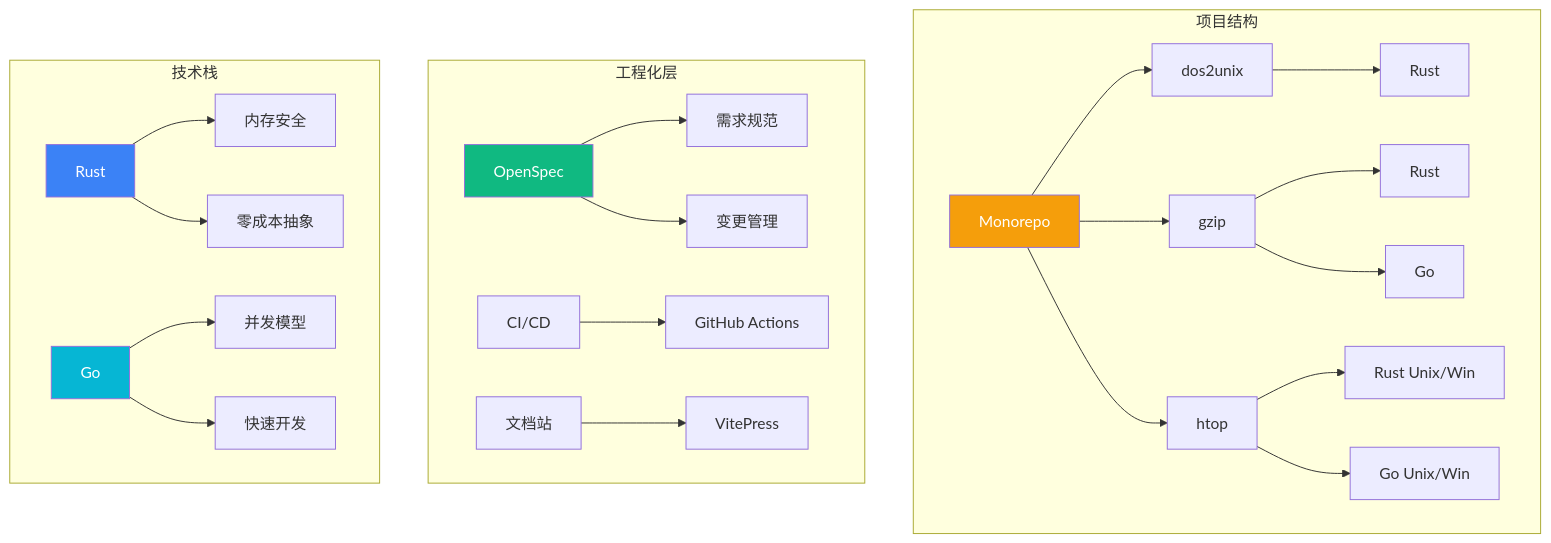
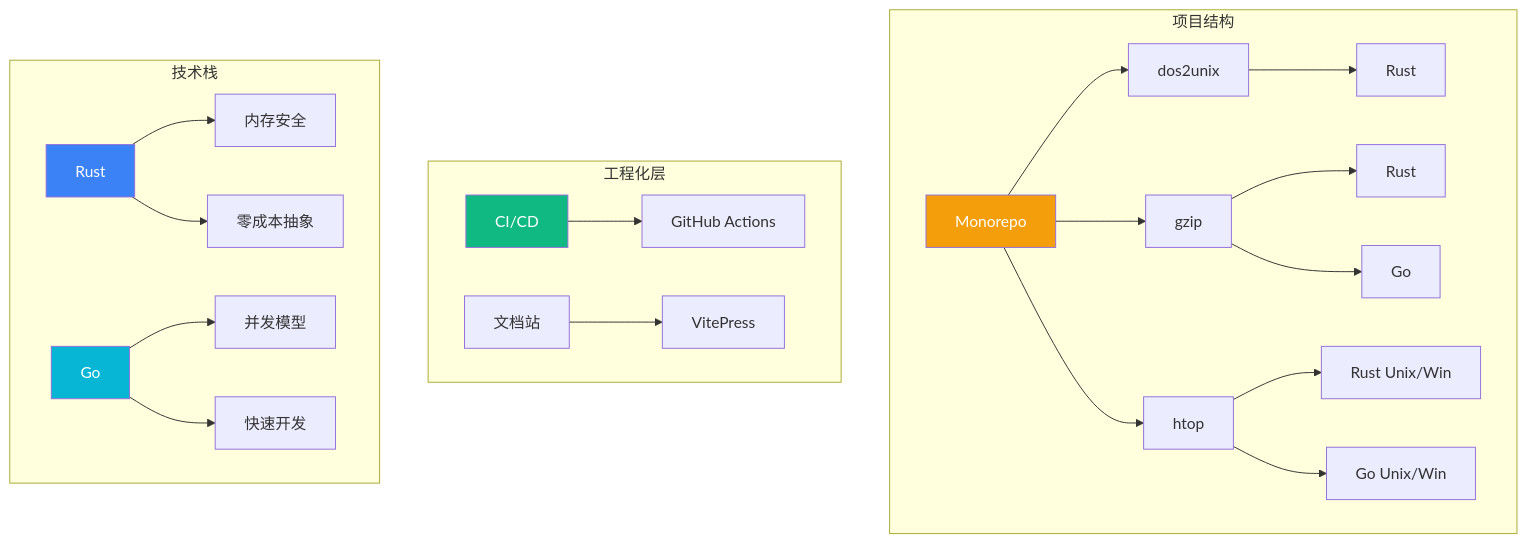
The diagram in docs/whitepaper/index.md (build-workbench/utop), drawn with Mermaid before and after one commit. The commit also changed other lines of this file and 185 other files, not shown here.

````diff
--- a/docs/whitepaper/index.md
+++ b/docs/whitepaper/index.md
@@ -7,33 +7,31 @@
 ```mermaid
 graph TB
     subgraph "项目结构"
         A[Monorepo] --> B[dos2unix]
         A --> C[gzip]
         A --> D[htop]
 
         B --> B1[Rust]
         C --> C1[Rust]
         C --> C2[Go]
         D --> D1[Rust Unix/Win]
         D --> D2[Go Unix/Win]
     end
 
     subgraph "工程化层"
-        E[OpenSpec] --> F[需求规范]
-        E --> G[变更管理]
         H[CI/CD] --> I[GitHub Actions]
         J[文档站] --> K[VitePress]
     end
 
     subgraph "技术栈"
         L[Rust] --> M[内存安全]
         L --> N[零成本抽象]
         O[Go] --> P[并发模型]
         O --> Q[快速开发]
     end
 
     style A fill:#f59e0b,color:#fff
-    style E fill:#10b981,color:#fff
+    style H fill:#10b981,color:#fff
     style L fill:#3b82f6,color:#fff
     style O fill:#06b6d4,color:#fff
 ```
````
